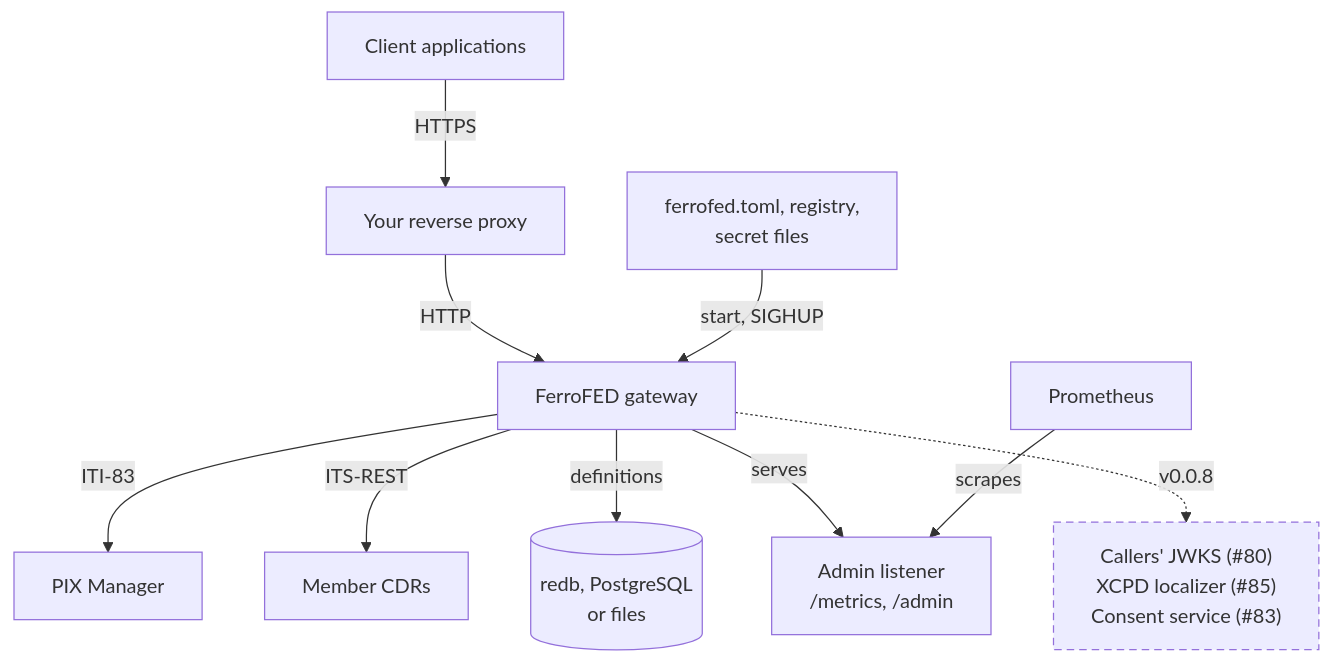
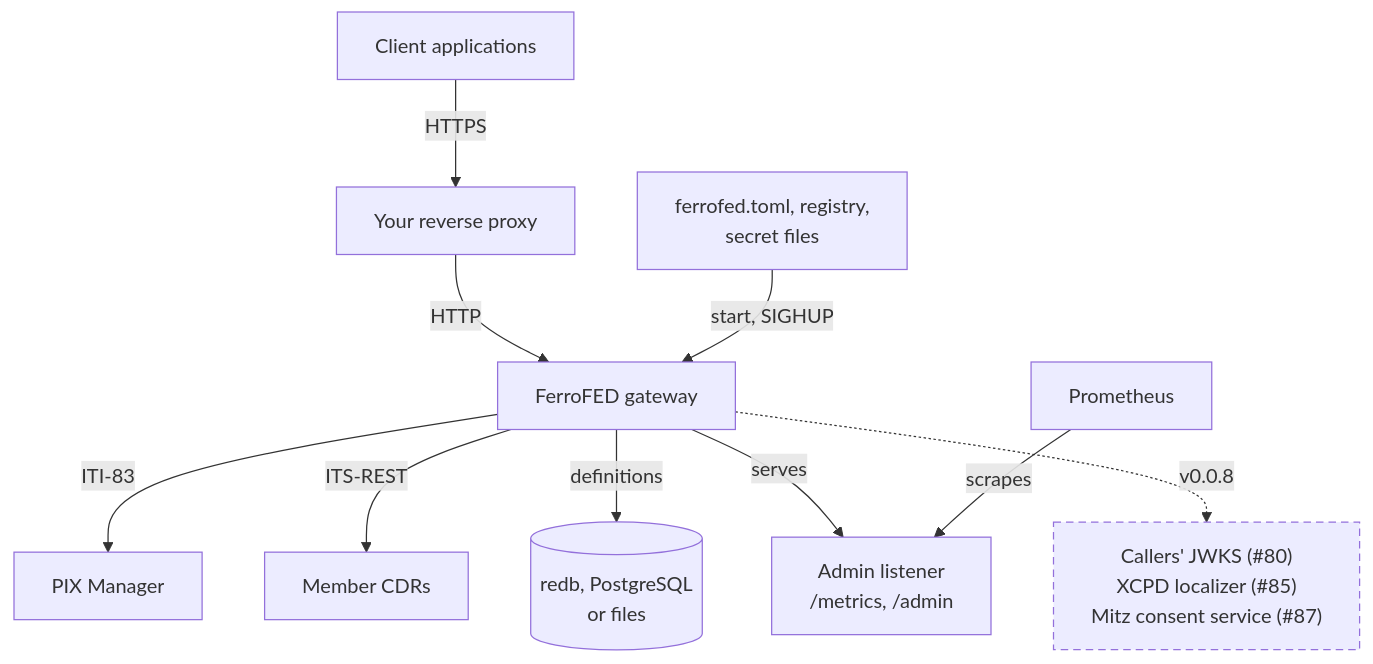
One commit to FerroHEALTH/FerroFED changed the second of 3 diagrams in website/book/src/how-it-works/deployment.md. Above: the diagram before and after it, drawn with Mermaid. The commit also changed other lines of this file and 2 other files, not shown here.

Commit message:
docs(book): draw the localizer and the consent pre-filter as built (#395)

````diff
--- a/website/book/src/how-it-works/deployment.md
+++ b/website/book/src/how-it-works/deployment.md
@@ -56,13 +56,13 @@
 ```mermaid
 flowchart TB
     classDef planned stroke-dasharray: 6 4
     clients["Client applications"] -->|"HTTPS"| proxy["Your reverse proxy"]
     proxy -->|"HTTP"| gw["FerroFED gateway"]
     cfg["ferrofed.toml, registry,<br/>secret files"] -->|"start, SIGHUP"| gw
     gw -->|"ITI-83"| pix["PIX Manager"]
     gw -->|"ITS-REST"| nodes["Member CDRs"]
     gw -->|"definitions"| store[("redb, PostgreSQL<br/>or files")]
     gw -->|"serves"| admin["Admin listener<br/>/metrics, /admin"]
     prom["Prometheus"] -->|"scrapes"| admin
-    gw -.->|"v0.0.8"| planned["Callers' JWKS (#80)<br/>XCPD localizer (#85)<br/>Consent service (#83)"]:::planned
+    gw -.->|"v0.0.8"| planned["Callers' JWKS (#80)<br/>XCPD localizer (#85)<br/>Mitz consent service (#87)"]:::planned
 ```
````
